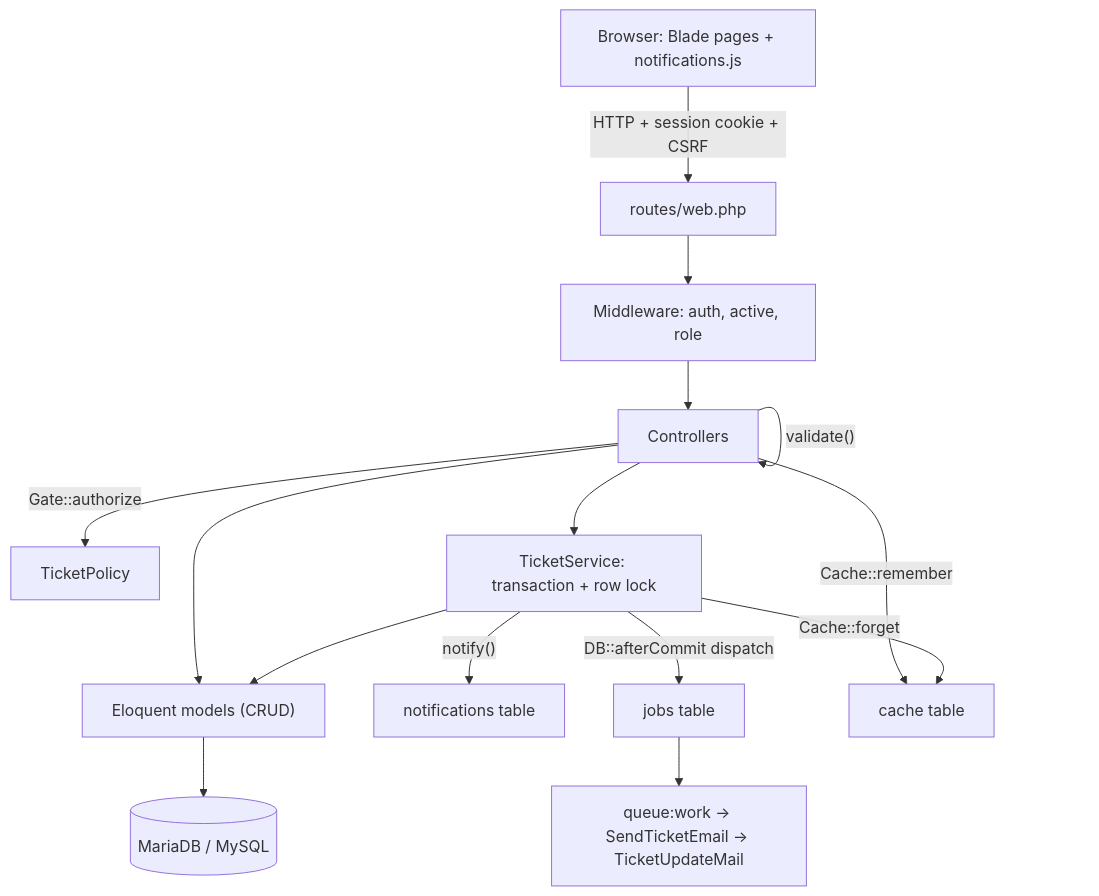
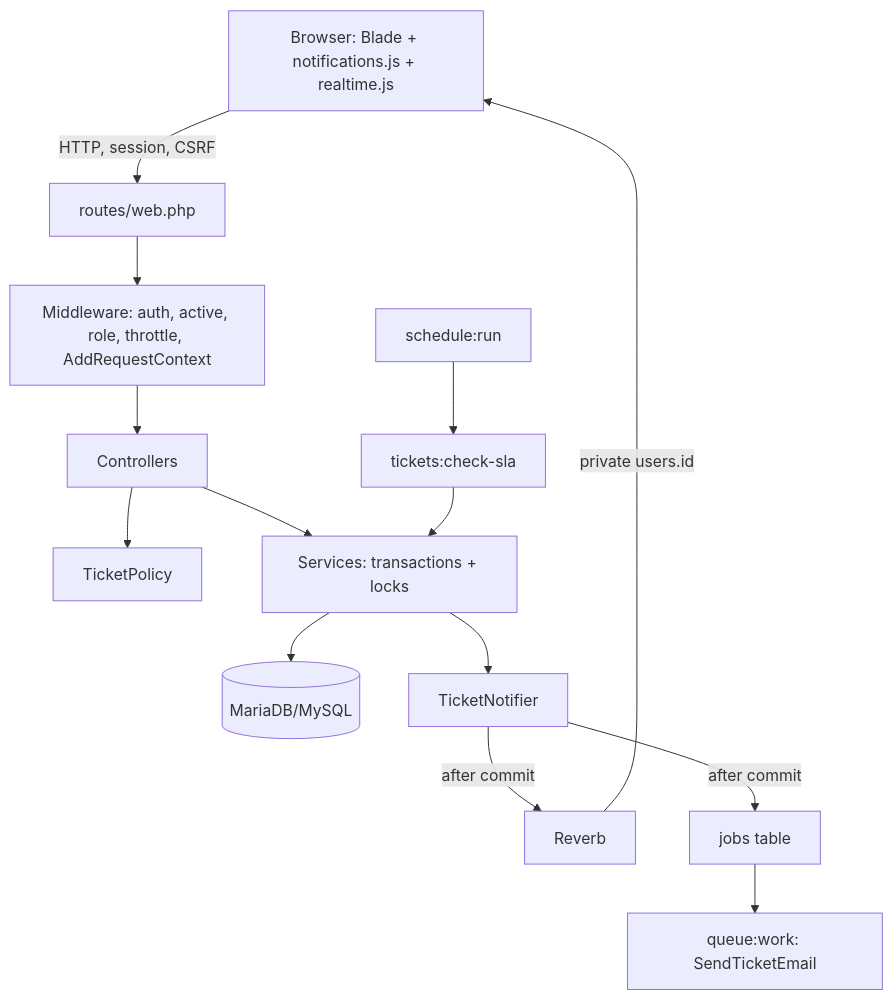
Before and after one commit to Saif-Mahmud-Khan-Dourjoy/ResolveDesk: the diagram in docs/17-DEMO-AND-INTERVIEW-GUIDE.md, drawn with Mermaid. The commit also changed other lines of this file and 140 other files, not shown here.

````diff
--- a/docs/17-DEMO-AND-INTERVIEW-GUIDE.md
+++ b/docs/17-DEMO-AND-INTERVIEW-GUIDE.md
@@ -137,17 +143,15 @@
 ```mermaid
 flowchart TD
-    B["Browser: Blade pages + notifications.js"] -->|"HTTP + session cookie + CSRF"| R["routes/web.php"]
-    R --> M["Middleware: auth, active, role"]
+    B["Browser: Blade + notifications.js + realtime.js"] -->|"HTTP, session, CSRF"| R["routes/web.php"]
+    R --> M["Middleware: auth, active, role, throttle, AddRequestContext"]
     M --> C["Controllers"]
-    C -->|"Gate::authorize"| P["TicketPolicy"]
-    C -->|"validate()"| C
-    C --> S["TicketService: transaction + row lock"]
-    C --> MD["Eloquent models (CRUD)"]
-    S --> MD
-    MD --> DB[("MariaDB / MySQL")]
-    S -->|"notify()"| N["notifications table"]
-    S -->|"DB::afterCommit dispatch"| J["jobs table"]
-    J --> W["queue:work -> SendTicketEmail -> TicketUpdateMail"]
-    C -->|"Cache::remember"| CA["cache table"]
-    S -->|"Cache::forget"| CA
+    C --> P["TicketPolicy"]
+    C --> S["Services: transactions + locks"]
+    S --> DB[("MariaDB/MySQL")]
+    S --> N["TicketNotifier"]
+    N -->|"after commit"| RV["Reverb"]
+    N -->|"after commit"| J["jobs table"]
+    RV -->|"private users.id"| B
+    J --> W["queue:work: SendTicketEmail"]
+    SC["schedule:run"] --> CMD["tickets:check-sla"] --> S
 ```
````
